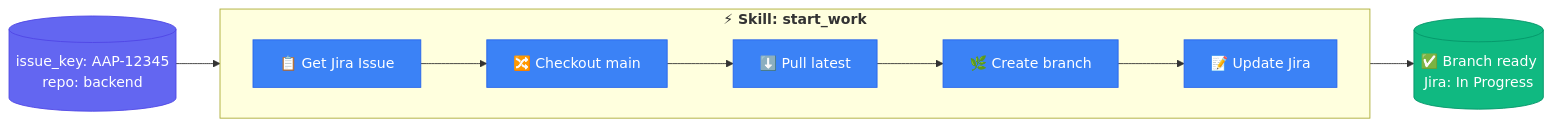
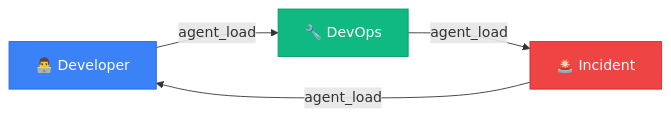
The diagram in README.md (dmzoneill/redhat-ai-workflow), drawn with Mermaid before and after one commit. The commit also changed other lines of this file and 23 other files, not shown here.

````diff
--- a/README.md
+++ b/README.md
@@ -345,21 +100,10 @@
 ```mermaid
-flowchart LR
-    subgraph SKILL["<b>⚡ Skill: start_work</b>"]
-        direction LR
-        S1[📋 Get Jira Issue] --> S2[🔀 Checkout main]
-        S2 --> S3[⬇️ Pull latest]
-        S3 --> S4[🌿 Create branch]
-        S4 --> S5[📝 Update Jira]
-    end
+graph LR
+    DEV[👨‍💻 Developer] --> |"agent_load"| DEVOPS[🔧 DevOps]
+    DEVOPS --> |"agent_load"| INCIDENT[🚨 Incident]
+    INCIDENT --> |"agent_load"| DEV
     
-    INPUT[("issue_key: AAP-12345<br>repo: backend")] --> S1
-    S5 --> OUTPUT[("✅ Branch ready<br>Jira: In Progress")]
-    
-    style INPUT fill:#6366f1,stroke:#4f46e5,color:#fff
-    style OUTPUT fill:#10b981,stroke:#059669,color:#fff
-    style S1 fill:#3b82f6,stroke:#2563eb,color:#fff
-    style S2 fill:#3b82f6,stroke:#2563eb,color:#fff
-    style S3 fill:#3b82f6,stroke:#2563eb,color:#fff
-    style S4 fill:#3b82f6,stroke:#2563eb,color:#fff
-    style S5 fill:#3b82f6,stroke:#2563eb,color:#fff
+    style DEV fill:#3b82f6,stroke:#2563eb,color:#fff
+    style DEVOPS fill:#10b981,stroke:#059669,color:#fff
+    style INCIDENT fill:#ef4444,stroke:#dc2626,color:#fff
 ```
````
